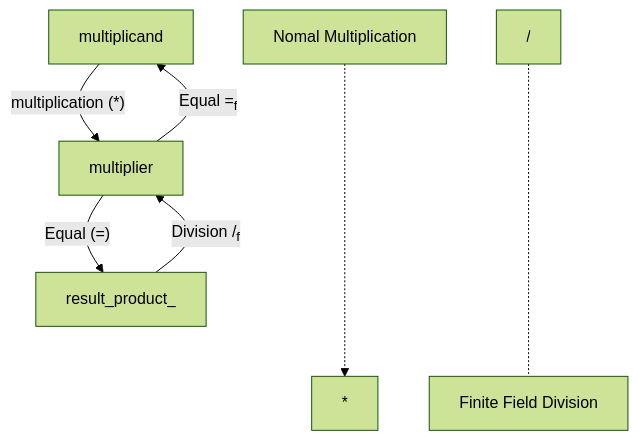
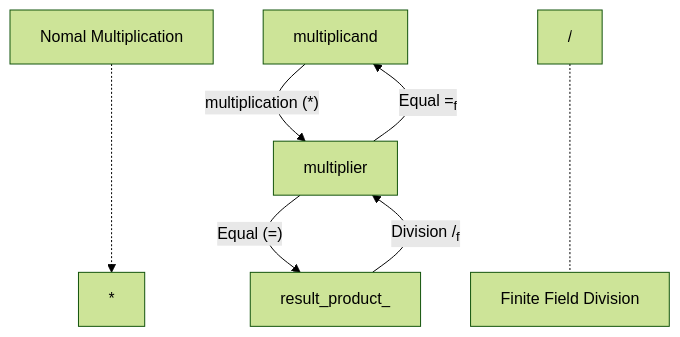
The third of 3 diagrams in Finite_Field/README.md (will-bc/Blockchain-Cryptocurrency), drawn with Mermaid (forest theme) before and after one commit.

````diff
--- a/Finite_Field/README.md
+++ b/Finite_Field/README.md
@@ -49,15 +49,15 @@
 ```mermaid 
 graph TB 
 
-A["Nomal Multiplication"] -...-> *
+A["Nomal Multiplication"] -..-> *
 
 multiplicand --"multiplication (*)" --> multiplier-->|"Equal (=)"|result_product_ 
 
 result_product_-- "Division /<sub>f</sub>" -->multiplier
 multiplier--"Equal =<sub>f</sub>" -->multiplicand
 
-/ <-...- B["Finite Field Division"]
+/ <-..- B["Finite Field Division"]
 
 
 
 ```
````
